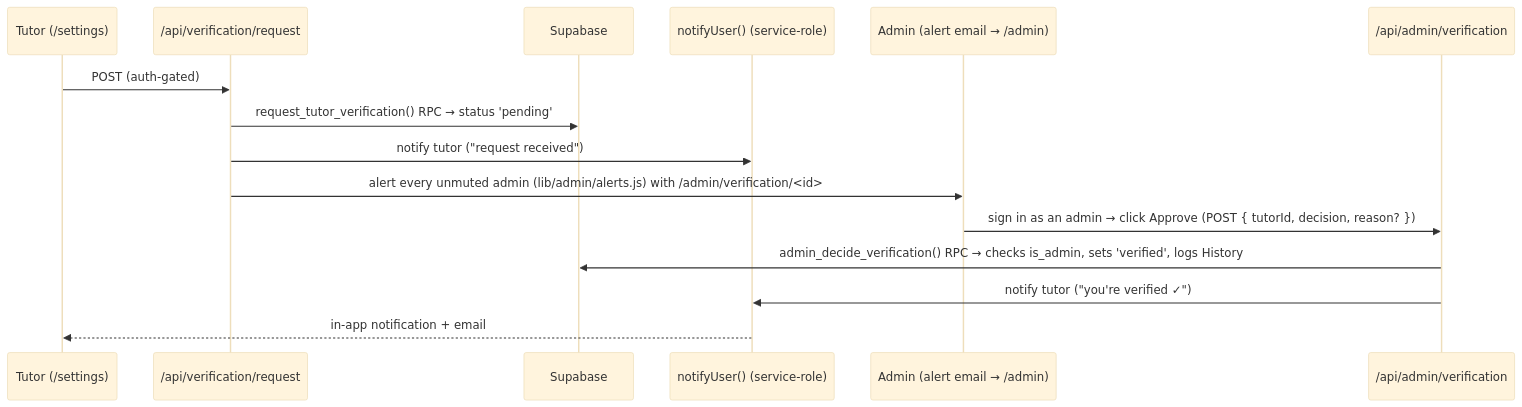
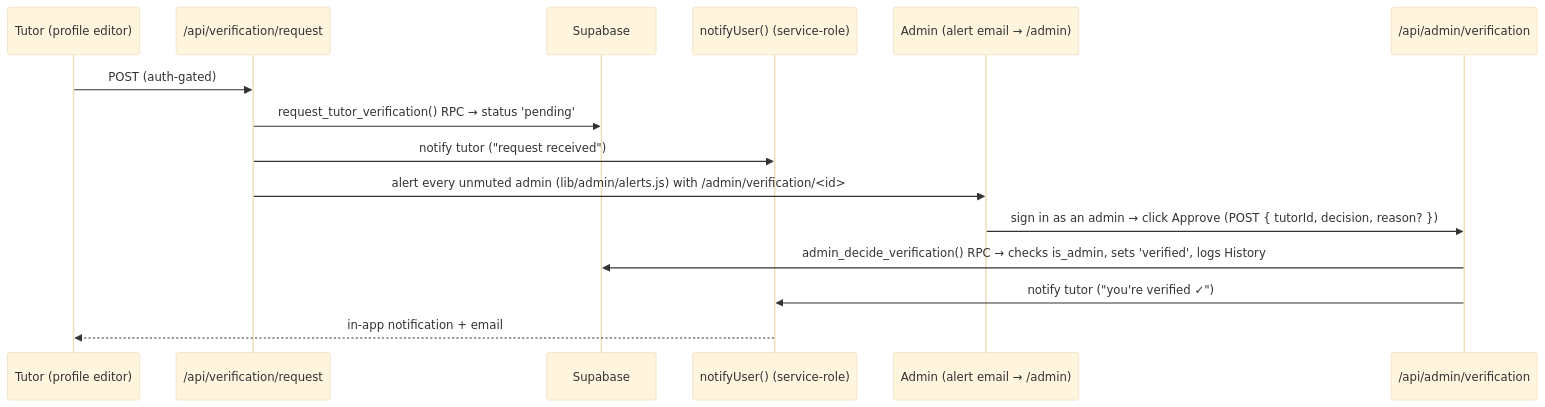
The fourth of 7 diagrams in README.md (Art4v/tutor-match), drawn with Mermaid (base theme) before and after one commit. The commit also changed other lines of this file and 12 other files, not shown here.

````diff
--- a/README.md
+++ b/README.md
@@ -117,18 +122,18 @@
 ```mermaid
 sequenceDiagram
-    participant T as Tutor (/settings)
+    participant T as Tutor (profile editor)
     participant RQ as /api/verification/request
     participant DB as Supabase
     participant N as notifyUser() (service-role)
     participant A as Admin (alert email → /admin)
     participant AP as /api/admin/verification
 
     T->>RQ: POST (auth-gated)
     RQ->>DB: request_tutor_verification() RPC → status 'pending'
     RQ->>N: notify tutor ("request received")
     RQ->>A: alert every unmuted admin (lib/admin/alerts.js) with /admin/verification/<id>
     A->>AP: sign in as an admin → click Approve (POST { tutorId, decision, reason? })
     AP->>DB: admin_decide_verification() RPC → checks is_admin, sets 'verified', logs History
     AP->>N: notify tutor ("you're verified ✓")
     N-->>T: in-app notification + email
 ```
````
